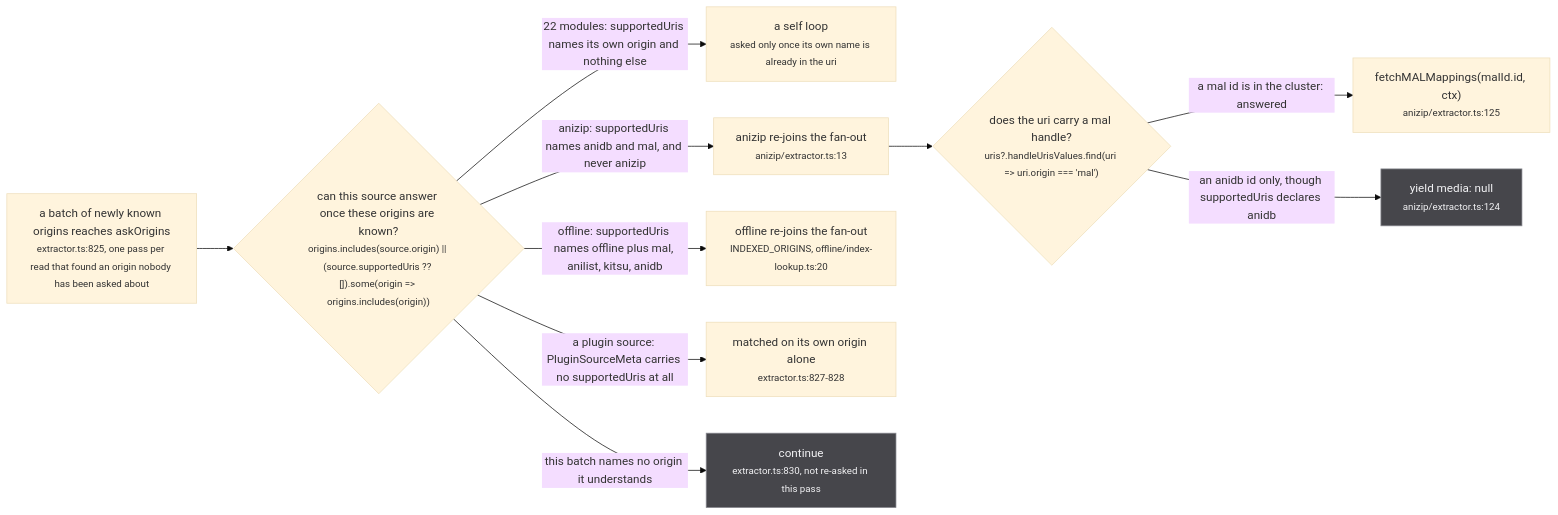
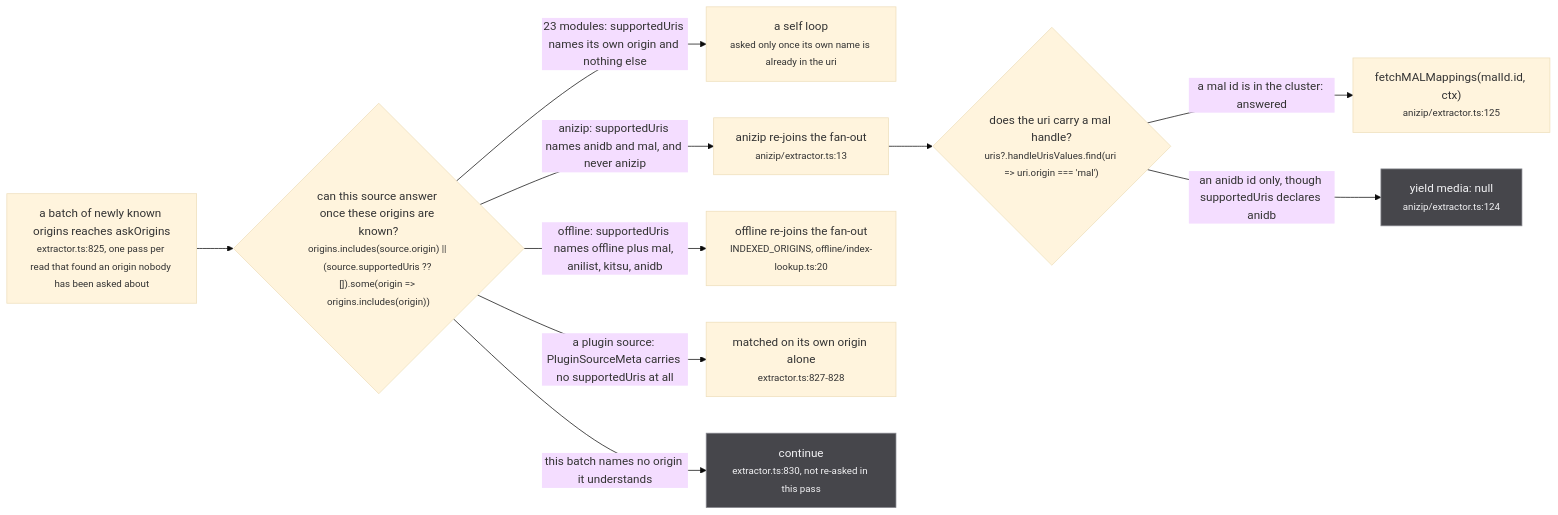
The first of 3 diagrams in docs/src/content/docs/sources/registry.md (banou26/stub), drawn with Mermaid (base theme) before and after one commit. The commit also changed other lines of this file and 13 other files, not shown here.

````diff
--- a/docs/src/content/docs/sources/registry.md
+++ b/docs/src/content/docs/sources/registry.md
@@ -36,18 +36,18 @@
 ```mermaid
 flowchart LR
   ASK["a batch of newly known origins reaches askOrigins<br/><small>extractor.ts:825, one pass per read that found an origin nobody has been asked about</small>"]
   ASK --> D{"can this source answer once these origins are known?<br/><small>origins.includes(source.origin) || (source.supportedUris ?? []).some(origin =&gt; origins.includes(origin))</small>"}
-  D -->|"22 modules: supportedUris names its own origin and nothing else"| SELF["a self loop<br/><small>asked only once its own name is already in the uri</small>"]
+  D -->|"23 modules: supportedUris names its own origin and nothing else"| SELF["a self loop<br/><small>asked only once its own name is already in the uri</small>"]
   D -->|"anizip: supportedUris names anidb and mal, and never anizip"| AZ["anizip re-joins the fan-out<br/><small>anizip/extractor.ts:13</small>"]
   D -->|"offline: supportedUris names offline plus mal, anilist, kitsu, anidb"| OFF["offline re-joins the fan-out<br/><small>INDEXED_ORIGINS, offline/index-lookup.ts:20</small>"]
   D -->|"a plugin source: PluginSourceMeta carries no supportedUris at all"| PL["matched on its own origin alone<br/><small>extractor.ts:827-828</small>"]
   D -->|"this batch names no origin it understands"| NOPE["continue<br/><small>extractor.ts:830, not re-asked in this pass</small>"]
   AZ --> D2{"does the uri carry a mal handle?<br/><small>uris?.handleUrisValues.find(uri =&gt; uri.origin === 'mal')</small>"}
   D2 -->|"a mal id is in the cluster: answered"| ANS["fetchMALMappings(malId.id, ctx)<br/><small>anizip/extractor.ts:125</small>"]
   D2 -->|"an anidb id only, though supportedUris declares anidb"| REF["yield media: null<br/><small>anizip/extractor.ts:124</small>"]
   classDef irrev fill:#b03f33,stroke:#e0796f,color:#ffffff
   classDef ratchet fill:#8f5a0e,stroke:#f2b45c,color:#ffffff
   classDef view fill:#4572b5,stroke:#8db0de,color:#ffffff
   classDef refuse fill:#46464b,stroke:#8b8c93,color:#f2f2f4
   class NOPE,REF refuse
 ```
````
